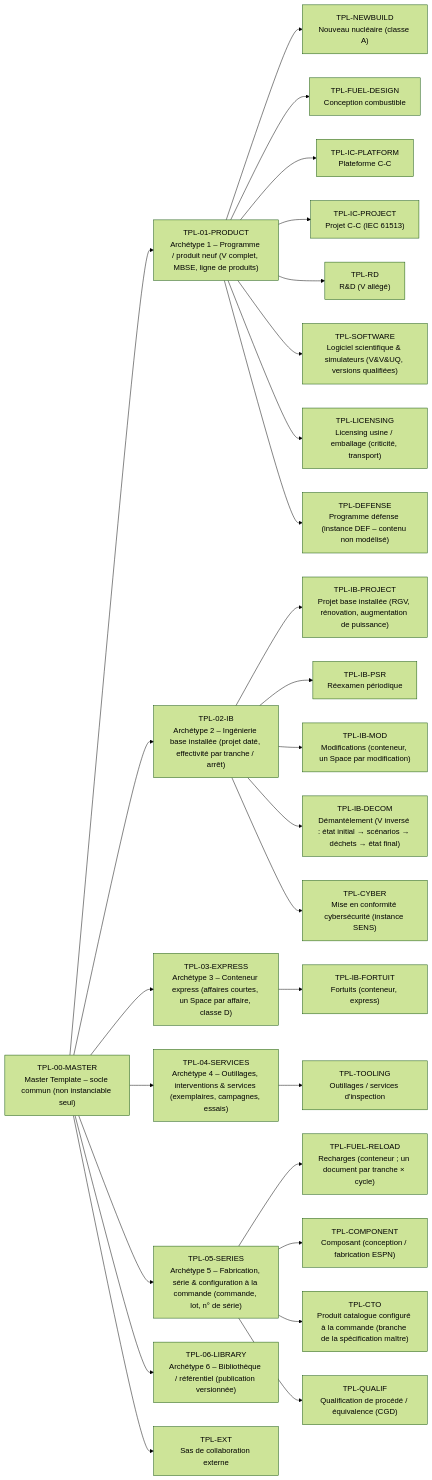
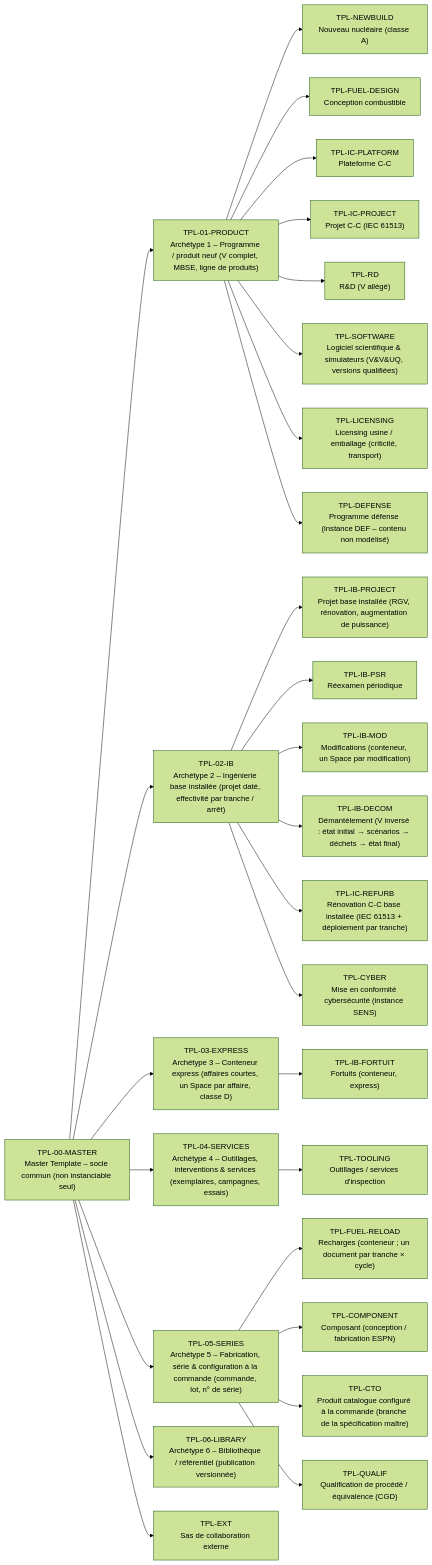
Before and after one commit to PapSee1/ALM_Datamodel: the diagram in docs/generated/A7_tailoring.md, drawn with Mermaid (forest theme). The commit also changed other lines of this file and 22 other files, not shown here.

````diff
--- a/docs/generated/A7_tailoring.md
+++ b/docs/generated/A7_tailoring.md
@@ -127,56 +127,58 @@
 ```mermaid
 flowchart LR
   TPL_00_MASTER["TPL-00-MASTER<br/>Master Template – socle commun (non instanciable seul)"]
   TPL_01_PRODUCT["TPL-01-PRODUCT<br/>Archétype 1 – Programme / produit neuf (V complet, MBSE, ligne de produits)"]
   TPL_00_MASTER --> TPL_01_PRODUCT
   TPL_02_IB["TPL-02-IB<br/>Archétype 2 – Ingénierie base installée (projet daté, effectivité par tranche / arrêt)"]
   TPL_00_MASTER --> TPL_02_IB
   TPL_03_EXPRESS["TPL-03-EXPRESS<br/>Archétype 3 – Conteneur express (affaires courtes, un Space par affaire, classe D)"]
   TPL_00_MASTER --> TPL_03_EXPRESS
   TPL_04_SERVICES["TPL-04-SERVICES<br/>Archétype 4 – Outillages, interventions & services (exemplaires, campagnes, essais)"]
   TPL_00_MASTER --> TPL_04_SERVICES
   TPL_05_SERIES["TPL-05-SERIES<br/>Archétype 5 – Fabrication, série & configuration à la commande (commande, lot, n° de série)"]
   TPL_00_MASTER --> TPL_05_SERIES
   TPL_06_LIBRARY["TPL-06-LIBRARY<br/>Archétype 6 – Bibliothèque / référentiel (publication versionnée)"]
   TPL_00_MASTER --> TPL_06_LIBRARY
   TPL_NEWBUILD["TPL-NEWBUILD<br/>Nouveau nucléaire (classe A)"]
   TPL_01_PRODUCT --> TPL_NEWBUILD
   TPL_FUEL_DESIGN["TPL-FUEL-DESIGN<br/>Conception combustible"]
   TPL_01_PRODUCT --> TPL_FUEL_DESIGN
   TPL_IC_PLATFORM["TPL-IC-PLATFORM<br/>Plateforme C-C"]
   TPL_01_PRODUCT --> TPL_IC_PLATFORM
   TPL_IC_PROJECT["TPL-IC-PROJECT<br/>Projet C-C (IEC 61513)"]
   TPL_01_PRODUCT --> TPL_IC_PROJECT
   TPL_RD["TPL-RD<br/>R&D (V allégé)"]
   TPL_01_PRODUCT --> TPL_RD
   TPL_SOFTWARE["TPL-SOFTWARE<br/>Logiciel scientifique & simulateurs (V&V&UQ, versions qualifiées)"]
   TPL_01_PRODUCT --> TPL_SOFTWARE
   TPL_LICENSING["TPL-LICENSING<br/>Licensing usine / emballage (criticité, transport)"]
   TPL_01_PRODUCT --> TPL_LICENSING
   TPL_DEFENSE["TPL-DEFENSE<br/>Programme défense (instance DEF – contenu non modélisé)"]
   TPL_01_PRODUCT --> TPL_DEFENSE
   TPL_IB_PROJECT["TPL-IB-PROJECT<br/>Projet base installée (RGV, rénovation, augmentation de puissance)"]
   TPL_02_IB --> TPL_IB_PROJECT
   TPL_IB_PSR["TPL-IB-PSR<br/>Réexamen périodique"]
   TPL_02_IB --> TPL_IB_PSR
   TPL_IB_MOD["TPL-IB-MOD<br/>Modifications (conteneur, un Space par modification)"]
   TPL_02_IB --> TPL_IB_MOD
   TPL_IB_DECOM["TPL-IB-DECOM<br/>Démantèlement (V inversé : état initial → scénarios → déchets → état final)"]
   TPL_02_IB --> TPL_IB_DECOM
+  TPL_IC_REFURB["TPL-IC-REFURB<br/>Rénovation C-C base installée (IEC 61513 + déploiement par tranche)"]
+  TPL_02_IB --> TPL_IC_REFURB
   TPL_CYBER["TPL-CYBER<br/>Mise en conformité cybersécurité (instance SENS)"]
   TPL_02_IB --> TPL_CYBER
   TPL_IB_FORTUIT["TPL-IB-FORTUIT<br/>Fortuits (conteneur, express)"]
   TPL_03_EXPRESS --> TPL_IB_FORTUIT
   TPL_TOOLING["TPL-TOOLING<br/>Outillages / services d'inspection"]
   TPL_04_SERVICES --> TPL_TOOLING
   TPL_FUEL_RELOAD["TPL-FUEL-RELOAD<br/>Recharges (conteneur ; un document par tranche × cycle)"]
   TPL_05_SERIES --> TPL_FUEL_RELOAD
   TPL_COMPONENT["TPL-COMPONENT<br/>Composant (conception / fabrication ESPN)"]
   TPL_05_SERIES --> TPL_COMPONENT
   TPL_CTO["TPL-CTO<br/>Produit catalogue configuré à la commande (branche de la spécification maître)"]
   TPL_05_SERIES --> TPL_CTO
   TPL_QUALIF["TPL-QUALIF<br/>Qualification de procédé / équivalence (CGD)"]
   TPL_05_SERIES --> TPL_QUALIF
   TPL_EXT["TPL-EXT<br/>Sas de collaboration externe"]
   TPL_00_MASTER --> TPL_EXT
 ```
````
